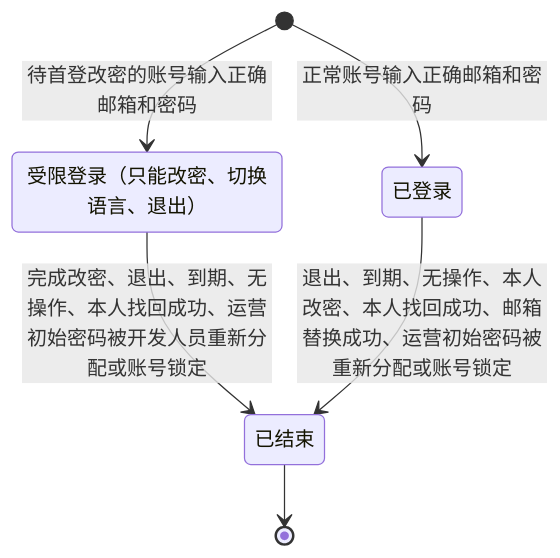
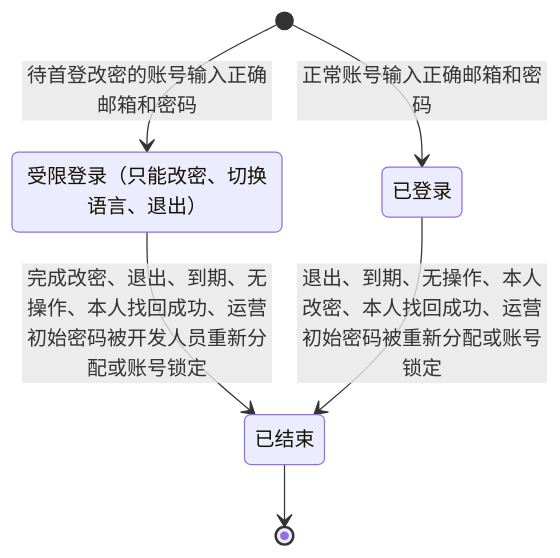
One commit to wxblockchain/Chain-Financing changed the fifth of 9 diagrams in token-issuance-platform/PRD/管理端/M5-管理端登录与权限/02-管理端登录与权限-流程图与状态机.md. Above: the diagram before and after it, drawn with Mermaid. The commit also changed other lines of this file and 33 other files, not shown here.

````diff
--- a/token-issuance-platform/PRD/管理端/M5-管理端登录与权限/02-管理端登录与权限-流程图与状态机.md
+++ b/token-issuance-platform/PRD/管理端/M5-管理端登录与权限/02-管理端登录与权限-流程图与状态机.md
@@ -110,11 +118,11 @@
 ```mermaid
 stateDiagram-v2
     state "受限登录（只能改密、切换语言、退出）" as R
     state "已登录" as L
     state "已结束" as E
     [*] --> R: 待首登改密的账号输入正确邮箱和密码
     [*] --> L: 正常账号输入正确邮箱和密码
     R --> E: 完成改密、退出、到期、无操作、本人找回成功、运营初始密码被开发人员重新分配或账号锁定
-    L --> E: 退出、到期、无操作、本人改密、本人找回成功、邮箱替换成功、运营初始密码被重新分配或账号锁定
+    L --> E: 退出、到期、无操作、本人改密、本人找回成功、运营初始密码被重新分配或账号锁定
     E --> [*]
 ```
````
